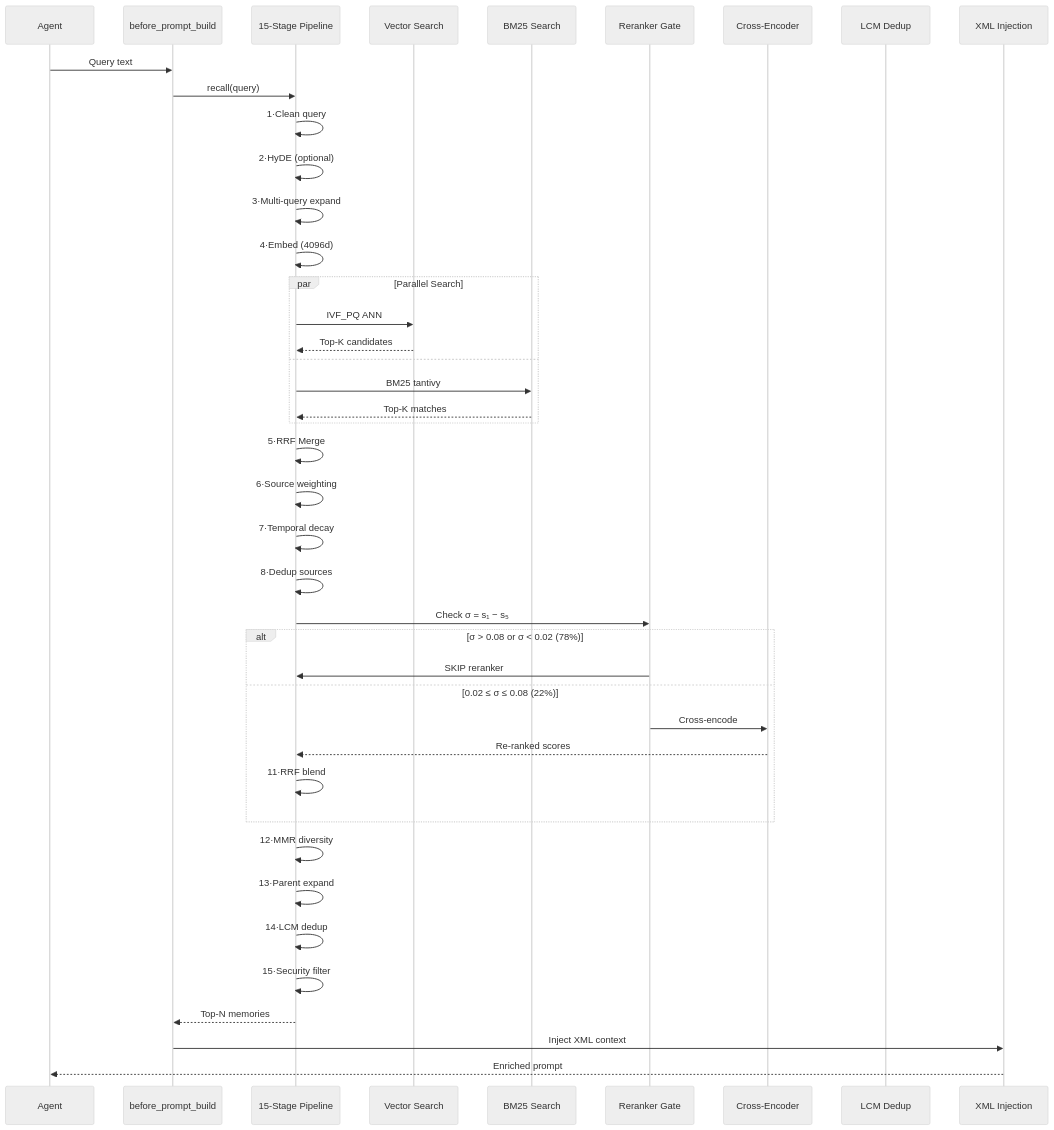
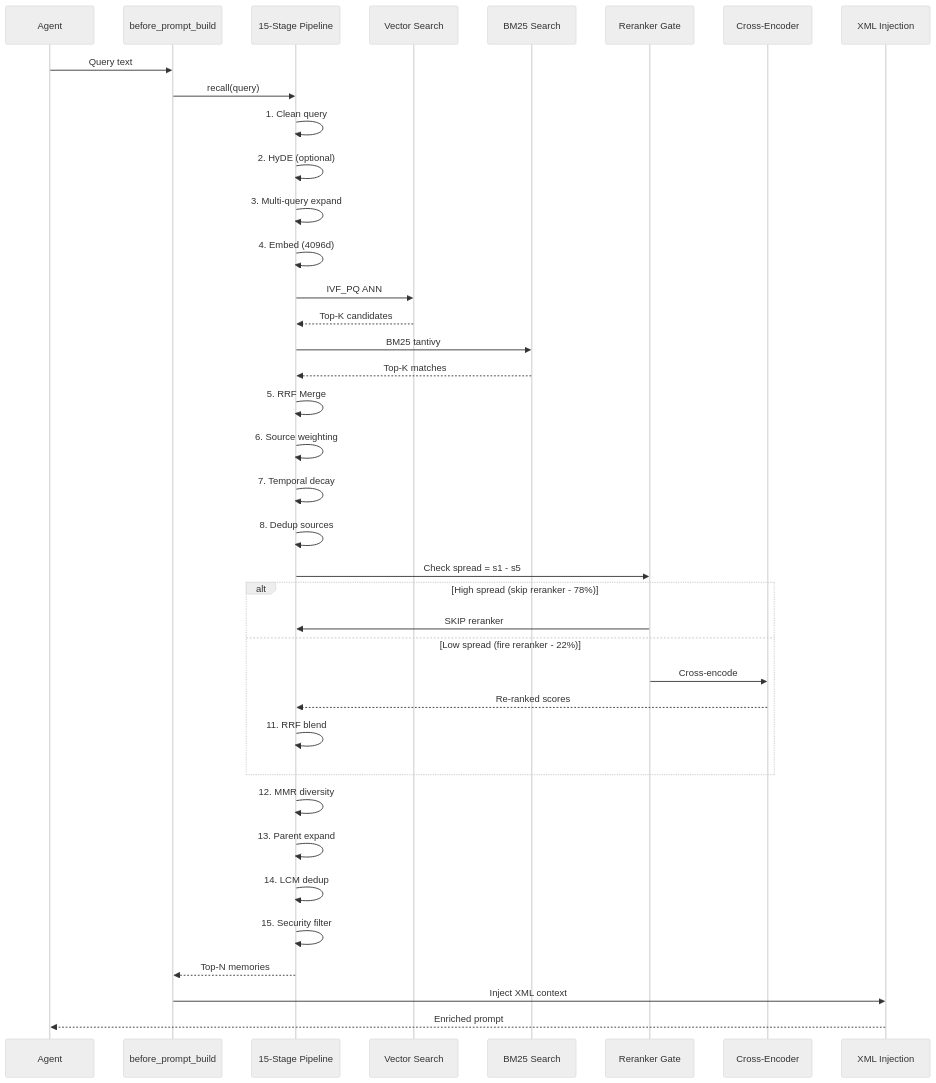
The second of 5 diagrams in README.md (kleinpanic/memory-spark), drawn with Mermaid (neutral theme) before and after one commit. The commit also changed other lines of this file, not shown here.

First line of the commit message:
fix(readme): fix Mermaid diagram, update benchmarks to 2026 SOTA, expand config

````diff
--- a/README.md
+++ b/README.md
@@ -165,52 +165,48 @@
 ```mermaid
 sequenceDiagram
     participant Agent
     participant Hook as before_prompt_build
     participant Pipeline as 15-Stage Pipeline
     participant Vector as Vector Search
     participant FTS as BM25 Search
     participant Gate as Reranker Gate
     participant Reranker as Cross-Encoder
-    participant LCM as LCM Dedup
     participant Prompt as XML Injection
 
     Agent->>Hook: Query text
     Hook->>Pipeline: recall(query)
-    
-    Pipeline->>Pipeline: 1·Clean query
-    Pipeline->>Pipeline: 2·HyDE (optional)
-    Pipeline->>Pipeline: 3·Multi-query expand
-    Pipeline->>Pipeline: 4·Embed (4096d)
-    
-    par Parallel Search
-        Pipeline->>Vector: IVF_PQ ANN
-        Vector-->>Pipeline: Top-K candidates
-    and
-        Pipeline->>FTS: BM25 tantivy
-        FTS-->>Pipeline: Top-K matches
-    end
-    
-    Pipeline->>Pipeline: 5·RRF Merge
-    Pipeline->>Pipeline: 6·Source weighting
-    Pipeline->>Pipeline: 7·Temporal decay
-    Pipeline->>Pipeline: 8·Dedup sources
-    
-    Pipeline->>Gate: Check σ = s₁ − s₅
-    
-    alt σ > 0.08 or σ < 0.02 (78%)
+
+    Pipeline->>Pipeline: 1. Clean query
+    Pipeline->>Pipeline: 2. HyDE (optional)
+    Pipeline->>Pipeline: 3. Multi-query expand
+    Pipeline->>Pipeline: 4. Embed (4096d)
+
+    Pipeline->>Vector: IVF_PQ ANN
+    Vector-->>Pipeline: Top-K candidates
+    Pipeline->>FTS: BM25 tantivy
+    FTS-->>Pipeline: Top-K matches
+
+    Pipeline->>Pipeline: 5. RRF Merge
+    Pipeline->>Pipeline: 6. Source weighting
+    Pipeline->>Pipeline: 7. Temporal decay
+    Pipeline->>Pipeline: 8. Dedup sources
+
+    Pipeline->>Gate: Check spread = s1 - s5
+
+    alt High spread (skip reranker - 78%)
         Gate->>Pipeline: SKIP reranker
-    else 0.02 ≤ σ ≤ 0.08 (22%)
+    else Low spread (fire reranker - 22%)
         Gate->>Reranker: Cross-encode
         Reranker-->>Pipeline: Re-ranked scores
-        Pipeline->>Pipeline: 11·RRF blend
+        Pipeline->>Pipeline: 11. RRF blend
     end
-    
-    Pipeline->>Pipeline: 12·MMR diversity
-    Pipeline->>Pipeline: 13·Parent expand
-    Pipeline->>Pipeline: 14·LCM dedup
-    Pipeline->>Pipeline: 15·Security filter
-    
+
+    Pipeline->>Pipeline: 12. MMR diversity
+    Pipeline->>Pipeline: 13. Parent expand
+    Pipeline->>Pipeline: 14. LCM dedup
+    Pipeline->>Pipeline: 15. Security filter
+
     Pipeline-->>Hook: Top-N memories
     Hook->>Prompt: Inject XML context
     Prompt-->>Agent: Enriched prompt
 ```
````
